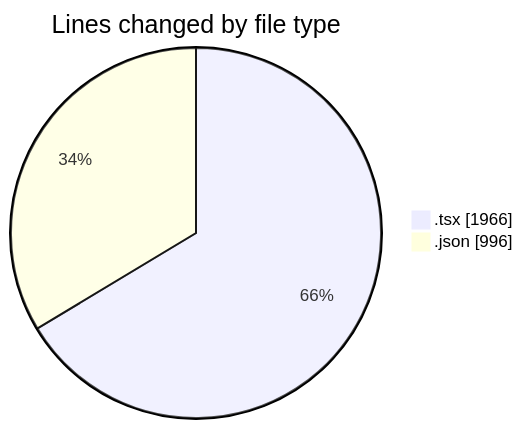
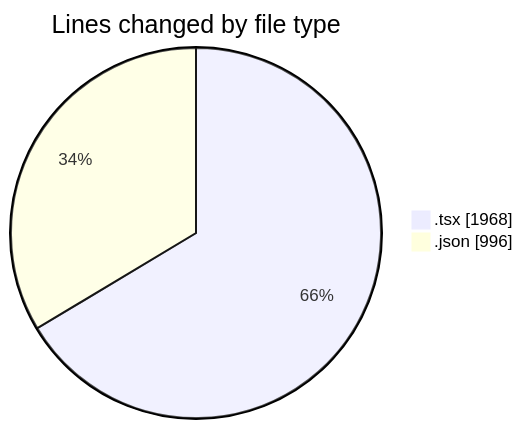
The first of 2 diagrams in 2025-08-13/ribbon/README.md (EIIisD/code-tracking), drawn with Mermaid before and after one commit. The commit also changed other lines of this file and 1 other file, not shown here.

````diff
--- a/2025-08-13/ribbon/README.md
+++ b/2025-08-13/ribbon/README.md
@@ -31,6 +31,6 @@
 ```mermaid
 pie showData
 title Lines changed by file type
-".tsx" : 1966
+".tsx" : 1968
 ".json" : 996
 ```
````
